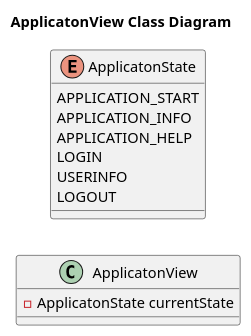
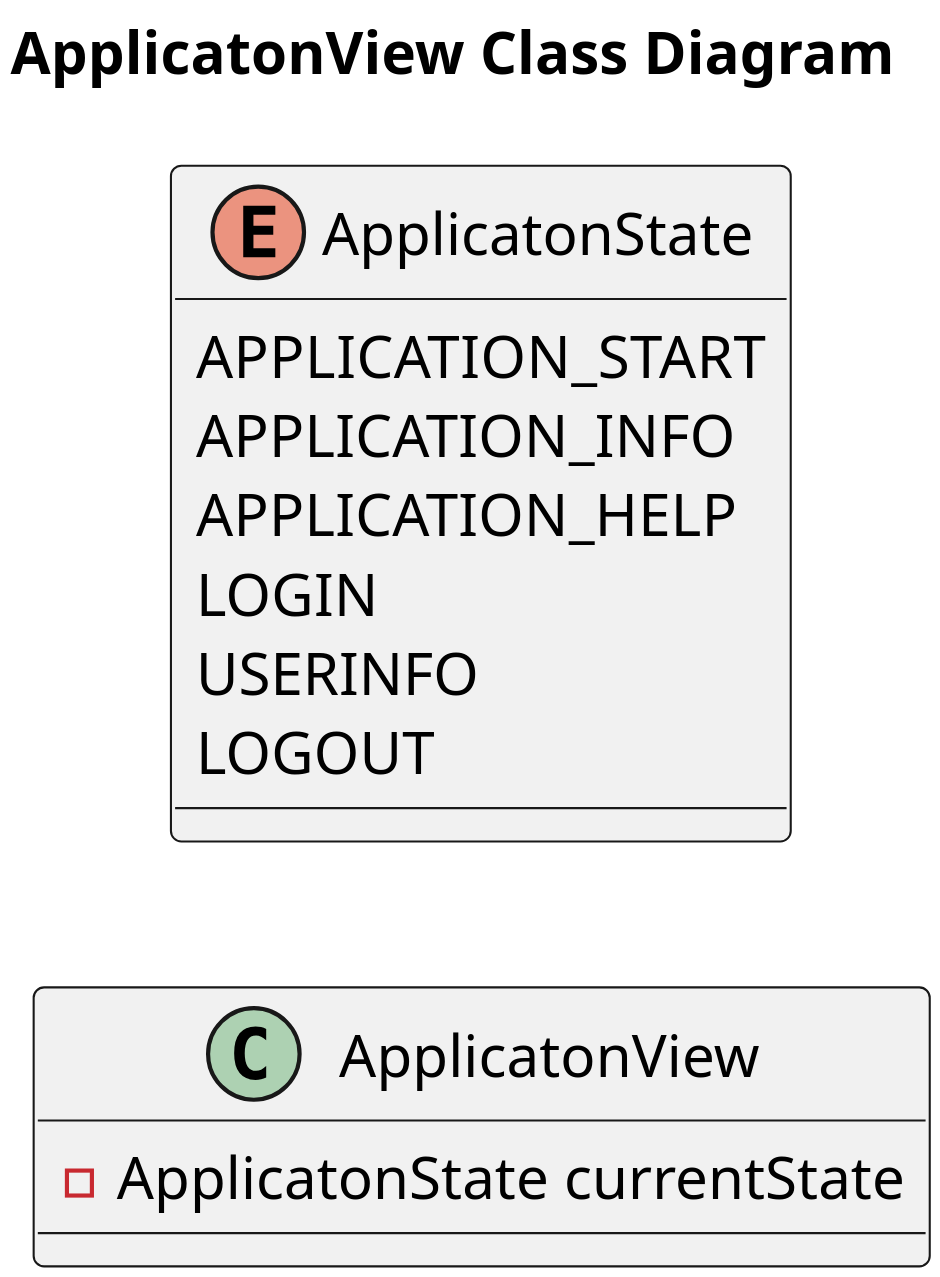
The diagram in etc/puml/application/View__Class.puml (Jakarta-EE-Petclinic/petclinic-uml), drawn with PlantUML before and after one commit. The commit also changed 22 other files, not shown here.

```diff
--- a/etc/puml/application/View__Class.puml
+++ b/etc/puml/application/View__Class.puml
@@ -1,27 +1,24 @@
 @startuml
 'https://plantuml.com/class-diagram
 
 title ApplicatonView Class Diagram
 
 left to right direction
 'top to bottom direction
 
+scale 1200 width
 
 class ApplicatonView {
-
     - ApplicatonState currentState
-
 }
 
-
 enum ApplicatonState {
-
     APPLICATION_START
     APPLICATION_INFO
     APPLICATION_HELP
     LOGIN
     USERINFO
     LOGOUT
 }
 
 @enduml
```
